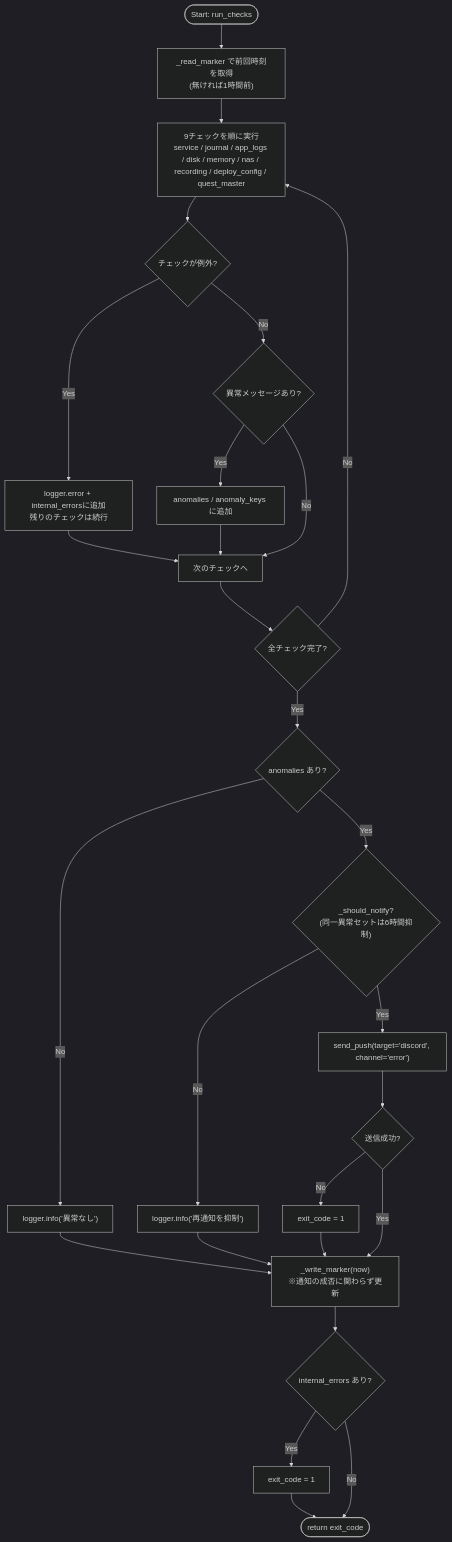
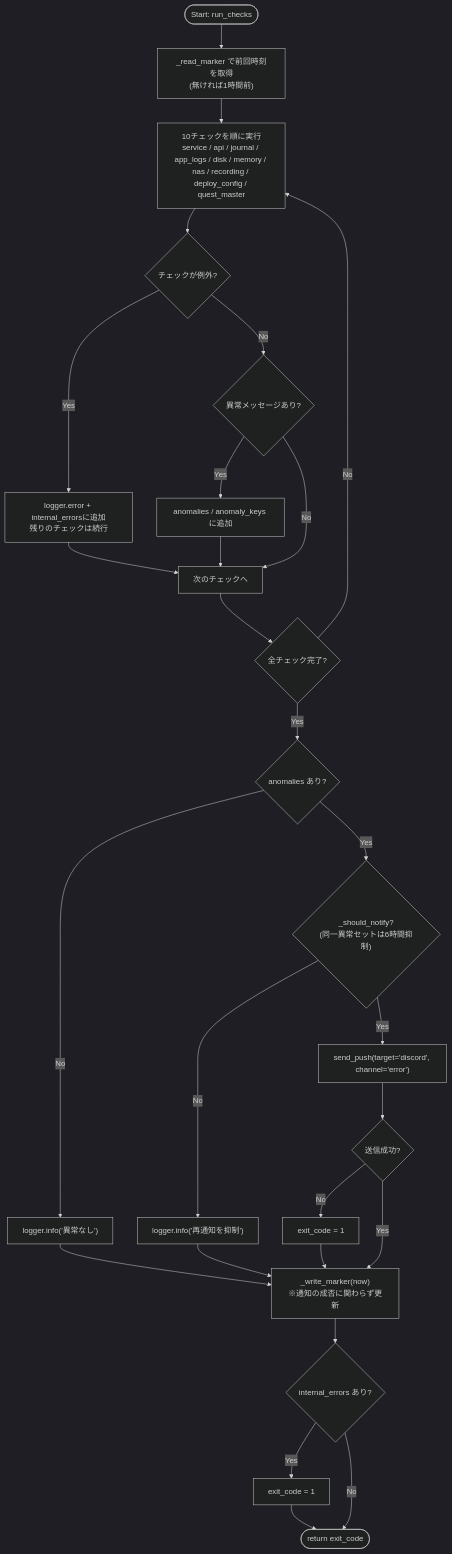
The first of 2 diagrams in docs/specifications/MY_HOME_SYSTEM/health_watch.md (mmtigers/my_python_project), drawn with Mermaid (dark theme) before and after one commit. The commit also changed other lines of this file and 66 other files, not shown here.

````diff
--- a/docs/specifications/MY_HOME_SYSTEM/health_watch.md
+++ b/docs/specifications/MY_HOME_SYSTEM/health_watch.md
@@ -584,29 +611,29 @@
 ```mermaid
 flowchart TD
     Start([Start: run_checks]) --> ReadMarker["_read_marker で前回時刻を取得<br/>(無ければ1時間前)"]
-    ReadMarker --> Loop["9チェックを順に実行<br/>service / journal / app_logs / disk / memory / nas / recording / deploy_config / quest_master"]
+    ReadMarker --> Loop["10チェックを順に実行<br/>service / api / journal / app_logs / disk / memory / nas / recording / deploy_config / quest_master"]
     Loop --> CheckErr{"チェックが例外?"}
     CheckErr -- Yes --> LogInternal["logger.error + internal_errorsに追加<br/>残りのチェックは続行"]
     CheckErr -- No --> HasResult{"異常メッセージあり?"}
     HasResult -- Yes --> Collect["anomalies / anomaly_keys に追加"]
     HasResult -- No --> NextCheck["次のチェックへ"]
     LogInternal --> NextCheck
     Collect --> NextCheck
     NextCheck --> AllDone{"全チェック完了?"}
     AllDone -- No --> Loop
     AllDone -- Yes --> AnyAnomaly{"anomalies あり?"}
     AnyAnomaly -- No --> LogOk["logger.info('異常なし')"]
     AnyAnomaly -- Yes --> ShouldNotify{"_should_notify?<br/>(同一異常セットは6時間抑制)"}
     ShouldNotify -- No --> LogSuppress["logger.info('再通知を抑制')"]
     ShouldNotify -- Yes --> Notify["send_push(target='discord', channel='error')"]
     Notify --> NotifyOk{"送信成功?"}
     NotifyOk -- No --> ExitErr["exit_code = 1"]
     NotifyOk -- Yes --> WriteMarker
     LogOk --> WriteMarker
     LogSuppress --> WriteMarker
     ExitErr --> WriteMarker
     WriteMarker["_write_marker(now)<br/>※通知の成否に関わらず更新"] --> InternalCheck{"internal_errors あり?"}
     InternalCheck -- Yes --> ExitOne["exit_code = 1"]
     InternalCheck -- No --> End([return exit_code])
     ExitOne --> End
 ```
````
